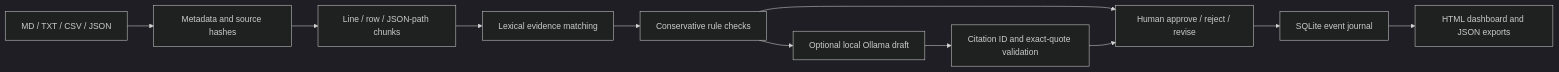
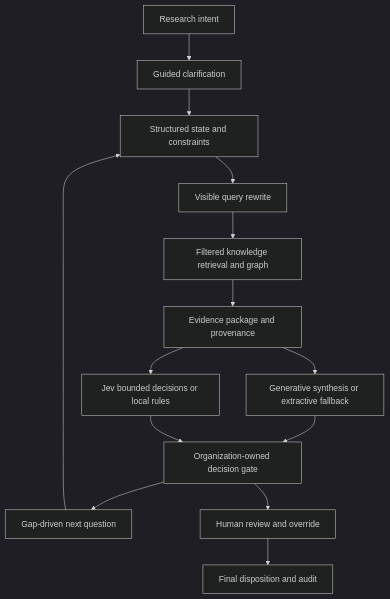
The diagram in README.md (aimiaosu-blip/LLM-Assisted-Research-Review-Workflow-Prototype), drawn with Mermaid (dark theme) before and after one commit. The commit also changed other lines of this file and 43 other files, not shown here.

First line of the commit message:
Implement guided research review workspace with Jev adapters and human governance

````diff
--- a/README.md
+++ b/README.md
@@ -58,13 +34,16 @@
 ```mermaid
-flowchart LR
- A[MD / TXT / CSV / JSON] --> B[Metadata and source hashes]
- B --> C[Line / row / JSON-path chunks]
- C --> D[Lexical evidence matching]
- D --> E[Conservative rule checks]
- E --> F[Optional local Ollama draft]
- F --> G[Citation ID and exact-quote validation]
- E --> H[Human approve / reject / revise]
- G --> H
- H --> I[SQLite event journal]
- I --> J[HTML dashboard and JSON exports]
+flowchart TD
+ A[Research intent] --> B[Guided clarification]
+ B --> C[Structured state and constraints]
+ C --> D[Visible query rewrite]
+ D --> E[Filtered knowledge retrieval and graph]
+ E --> F[Evidence package and provenance]
+ F --> G[Generative synthesis or extractive fallback]
+ F --> H[Jev bounded decisions or local rules]
+ G --> I[Organization-owned decision gate]
+ H --> I
+ I --> J[Gap-driven next question]
+ J --> C
+ I --> K[Human review and override]
+ K --> L[Final disposition and audit]
 ```
````
